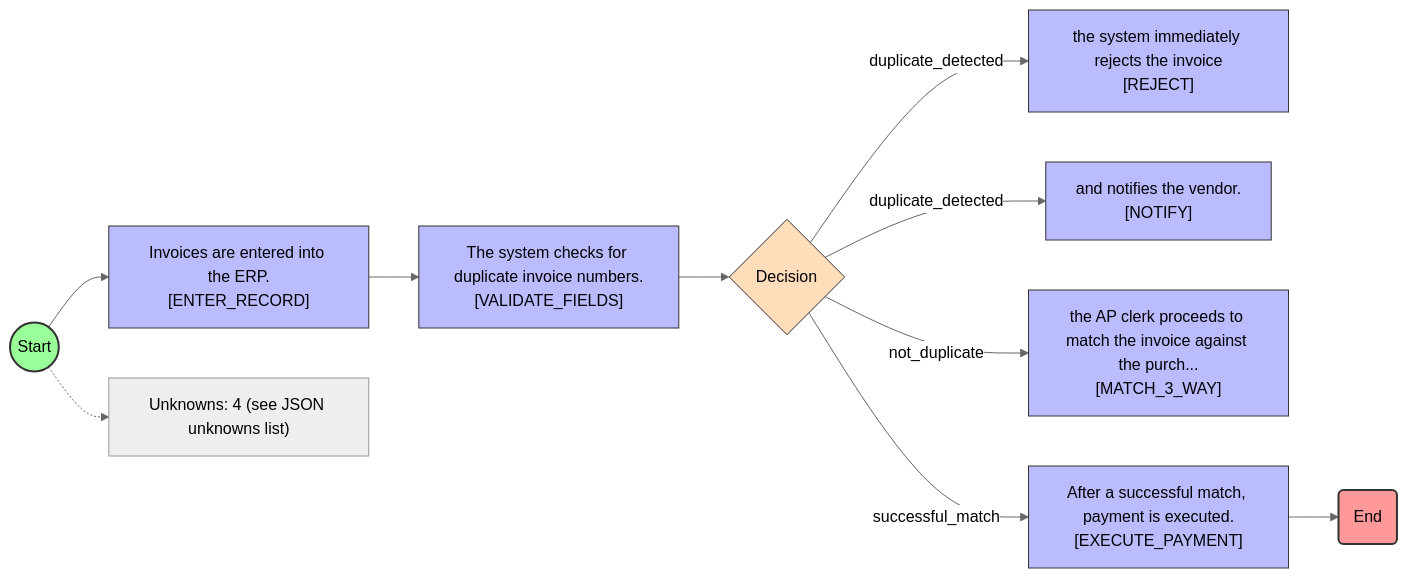
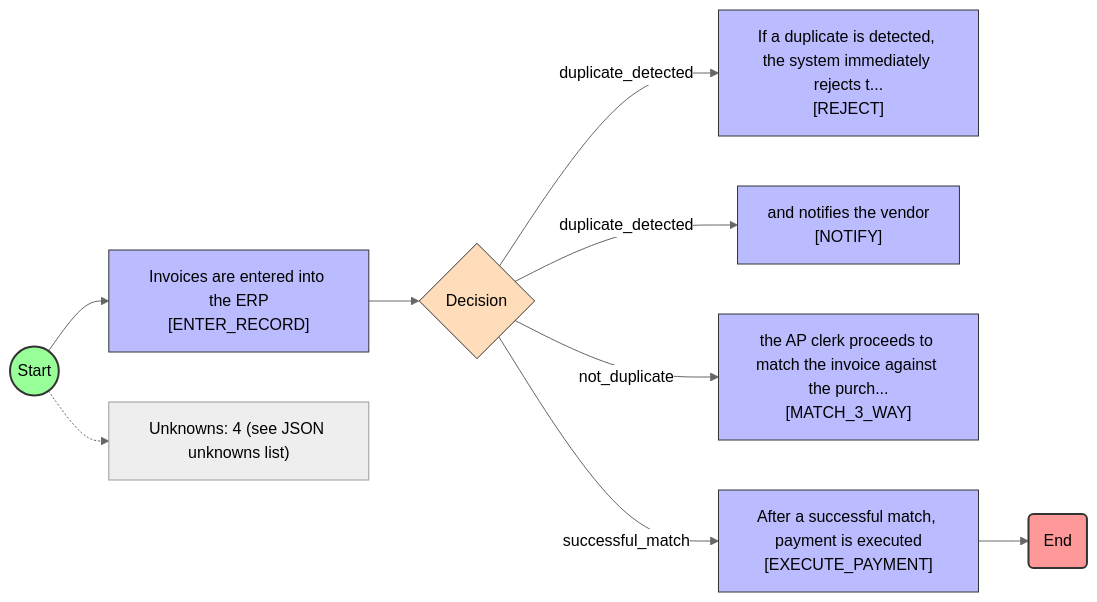
One commit to Trevmichi/process-extraction-kernel changed the diagram in outputs/ap_doc_005_auto.mmd. Above: the diagram before and after it, drawn with Mermaid (neutral theme). The commit also changed 48 other files, not shown here.

```diff
--- a/outputs/ap_doc_005_auto.mmd
+++ b/outputs/ap_doc_005_auto.mmd
@@ -1,29 +1,26 @@
 flowchart LR
   n1((Start))
-  n2["Invoices are entered into the ERP.\n[ENTER_RECORD]"]
-  n3["The system checks for duplicate invoice numbers.\n[VALIDATE_FIELDS]"]
-  n4{"Decision\n<IF_CONDITION>"}
-  n5["the system immediately rejects the invoice\n[REJECT]"]
-  n6["and notifies the vendor.\n[NOTIFY]"]
-  n7["the AP clerk proceeds to match the invoice against the purch...\n[MATCH_3_WAY]"]
-  n8["After a successful match, payment is executed.\n[EXECUTE_PAYMENT]"]
-  n9(End)
+  n2["Invoices are entered into the ERP\n[ENTER_RECORD]"]
+  n3{"Decision\n<IF_CONDITION>"}
+  n4["If a duplicate is detected, the system immediately rejects t...\n[REJECT]"]
+  n5["and notifies the vendor\n[NOTIFY]"]
+  n6["the AP clerk proceeds to match the invoice against the purch...\n[MATCH_3_WAY]"]
+  n7["After a successful match, payment is executed\n[EXECUTE_PAYMENT]"]
+  n8(End)
   n1 --> n2
   n2 --> n3
-  n3 --> n4
-  n4 -->|duplicate_detected| n5
-  n4 -->|duplicate_detected| n6
-  n4 -->|not_duplicate| n7
-  n4 -->|successful_match| n8
-  n8 --> n9
+  n3 -->|duplicate_detected| n4
+  n3 -->|duplicate_detected| n5
+  n3 -->|not_duplicate| n6
+  n3 -->|successful_match| n7
+  n7 --> n8
   U_NOTE["Unknowns: 4 (see JSON unknowns list)"]
   n1 -.-> U_NOTE
   style n1 fill:#9f9,stroke:#333,stroke-width:2px
   style n2 fill:#bbf,stroke:#333,stroke-width:1px
-  style n3 fill:#bbf,stroke:#333,stroke-width:1px
-  style n4 fill:#fdb,stroke:#333,stroke-width:1px
+  style n3 fill:#fdb,stroke:#333,stroke-width:1px
+  style n4 fill:#bbf,stroke:#333,stroke-width:1px
   style n5 fill:#bbf,stroke:#333,stroke-width:1px
   style n6 fill:#bbf,stroke:#333,stroke-width:1px
   style n7 fill:#bbf,stroke:#333,stroke-width:1px
-  style n8 fill:#bbf,stroke:#333,stroke-width:1px
-  style n9 fill:#f99,stroke:#333,stroke-width:2px
+  style n8 fill:#f99,stroke:#333,stroke-width:2px
```
